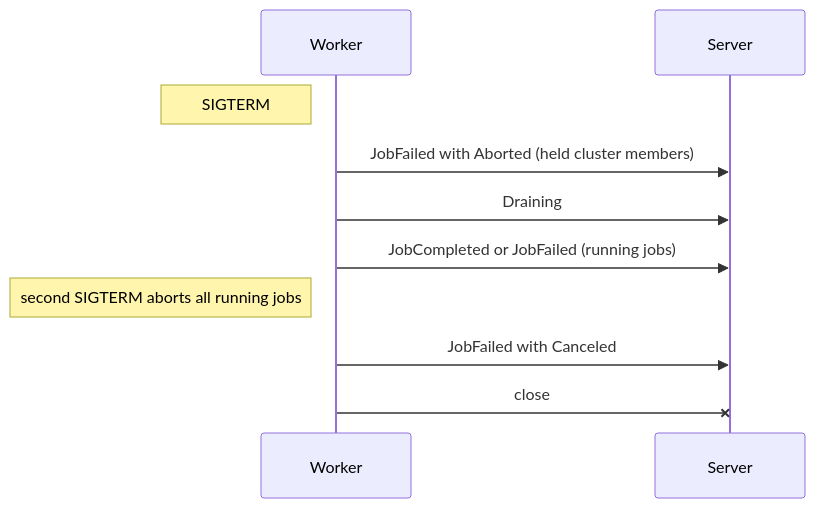
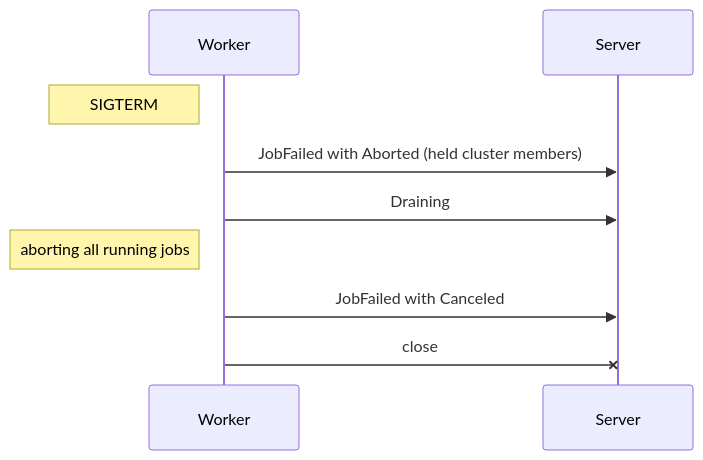
Before and after one commit to wavelens/gradient: the second of 2 diagrams in docs/src/contributors/proto/jobs.md, drawn with Mermaid. The commit also changed other lines of this file and 2 other files, not shown here.

Commit message:
docs: fix: document immediate worker stop

````diff
--- a/docs/src/contributors/proto/jobs.md
+++ b/docs/src/contributors/proto/jobs.md
@@ -227,12 +227,11 @@
 ```mermaid
 sequenceDiagram
     participant W as Worker
     participant S as Server
     Note left of W: SIGTERM
     W->>S: JobFailed with Aborted (held cluster members)
     W->>S: Draining
-    W->>S: JobCompleted or JobFailed (running jobs)
-    Note left of W: second SIGTERM aborts all running jobs
+    Note left of W: aborting all running jobs
     W->>S: JobFailed with Canceled
     W-xS: close
 ```
````
